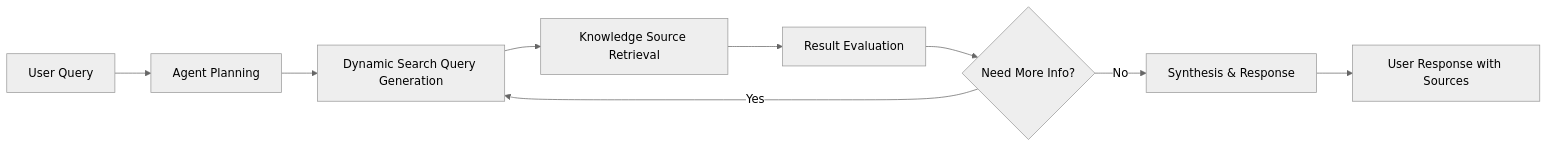
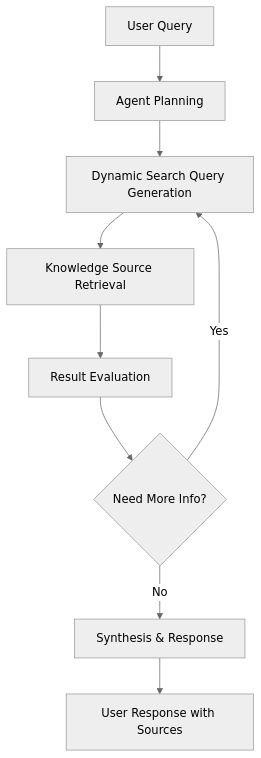
One commit to fparpas/Developing-Agentic-AI-Apps-Hackathon changed the diagram in Student/Challenge-10-python.md. Above: the diagram before and after it, drawn with Mermaid (neutral theme). The commit also changed other lines of this file and 4 other files, not shown here.

````diff
--- a/Student/Challenge-10-python.md
+++ b/Student/Challenge-10-python.md
@@ -47,11 +45,11 @@
 ```mermaid
-graph LR
+graph TD
     A[User Query] --> B[Agent Planning]
     B --> C[Dynamic Search Query Generation]
     C --> D[Knowledge Source Retrieval]
     D --> E[Result Evaluation]
     E --> F{Need More Info?}
     F -->|Yes| C
     F -->|No| G[Synthesis & Response]
     G --> H[User Response with Sources]
 ```
````
